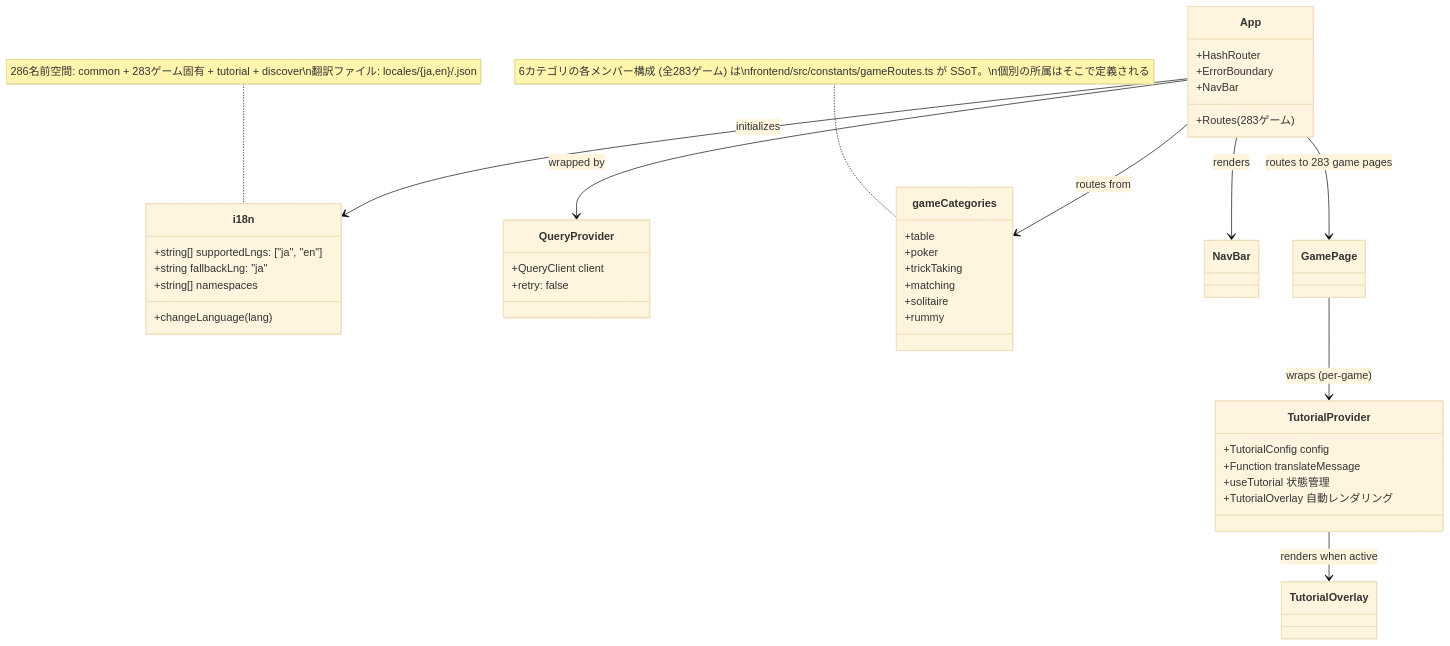
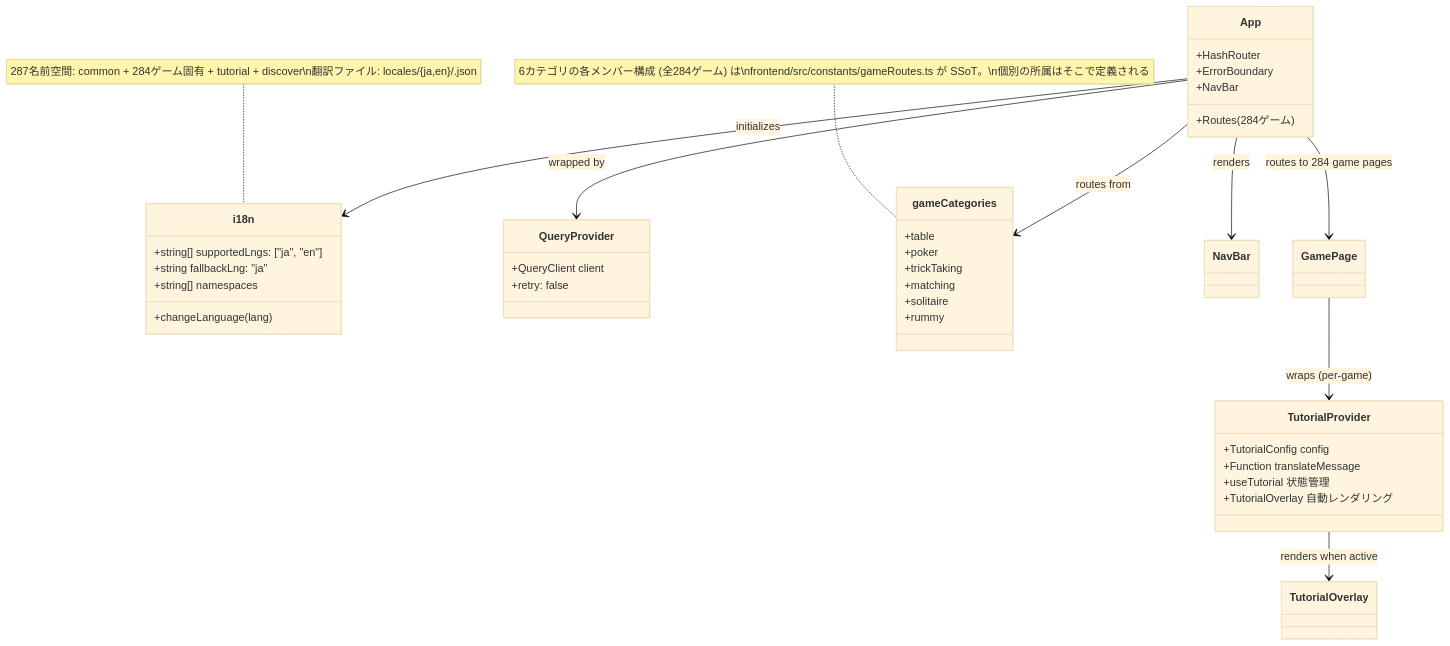
Before and after one commit to yuta-yoshinaga/go_trumpcards: the ninth of 49 diagrams in docs/design/frontend.md, drawn with Mermaid (base theme). The commit also changed other lines of this file and 62 other files, not shown here.

````diff
--- a/docs/design/frontend.md
+++ b/docs/design/frontend.md
@@ -1869,48 +1869,48 @@
 ```mermaid
 classDiagram
     class i18n {
         +string[] supportedLngs: ["ja", "en"]
         +string fallbackLng: "ja"
         +string[] namespaces
         +changeLanguage(lang)
     }
 
     class QueryProvider {
         +QueryClient client
         +retry: false
     }
 
     class App {
         +HashRouter
         +ErrorBoundary
         +NavBar
-        +Routes (283ゲーム)
+        +Routes (284ゲーム)
     }
 
     class gameCategories {
         +table
         +poker
         +trickTaking
         +matching
         +solitaire
         +rummy
     }
-    note for gameCategories "6カテゴリの各メンバー構成 (全283ゲーム) は\nfrontend/src/constants/gameRoutes.ts が SSoT。\n個別の所属はそこで定義される"
+    note for gameCategories "6カテゴリの各メンバー構成 (全284ゲーム) は\nfrontend/src/constants/gameRoutes.ts が SSoT。\n個別の所属はそこで定義される"
 
     class TutorialProvider {
         +TutorialConfig config
         +Function translateMessage
         +useTutorial 状態管理
         +TutorialOverlay 自動レンダリング
     }
 
     App --> QueryProvider : wrapped by
     App --> i18n : initializes
     App --> gameCategories : routes from
     App --> NavBar : renders
-    App --> GamePage : routes to 283 game pages
+    App --> GamePage : routes to 284 game pages
     GamePage --> TutorialProvider : wraps (per-game)
     TutorialProvider --> TutorialOverlay : renders when active
 
-    note for i18n "286名前空間: common + 283ゲーム固有 + tutorial + discover\n翻訳ファイル: locales/{ja,en}/<game>.json"
+    note for i18n "287名前空間: common + 284ゲーム固有 + tutorial + discover\n翻訳ファイル: locales/{ja,en}/<game>.json"
 ```
````
